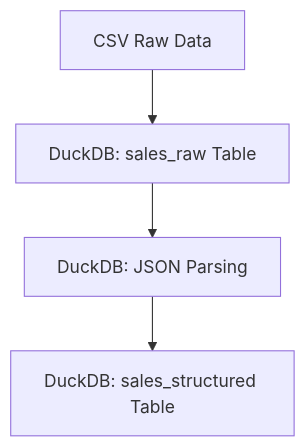
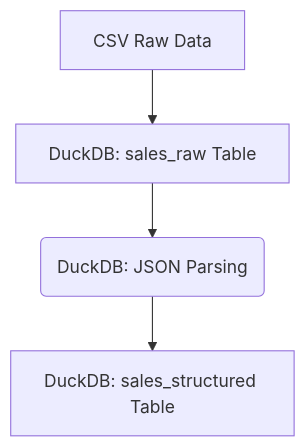
Before and after one commit to AngelShynk/TransformData: the diagram in README.md, drawn with Mermaid.

````diff
--- a/README.md
+++ b/README.md
@@ -18,6 +18,6 @@
 ```mermaid
 graph TD;
     A[CSV Raw Data] --> B[DuckDB: sales_raw Table];
-    B --> C[DuckDB: JSON Parsing];
+    B --> C(DuckDB: JSON Parsing);
     C --> D[DuckDB: sales_structured Table];
 ```
````
